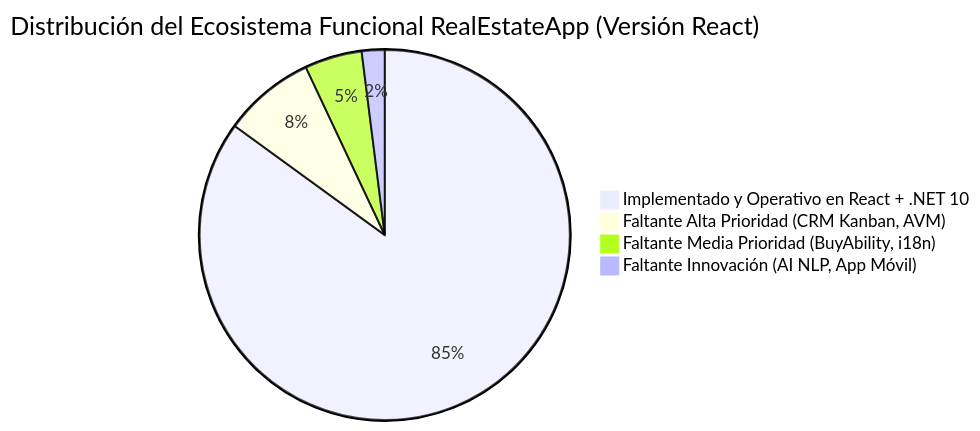
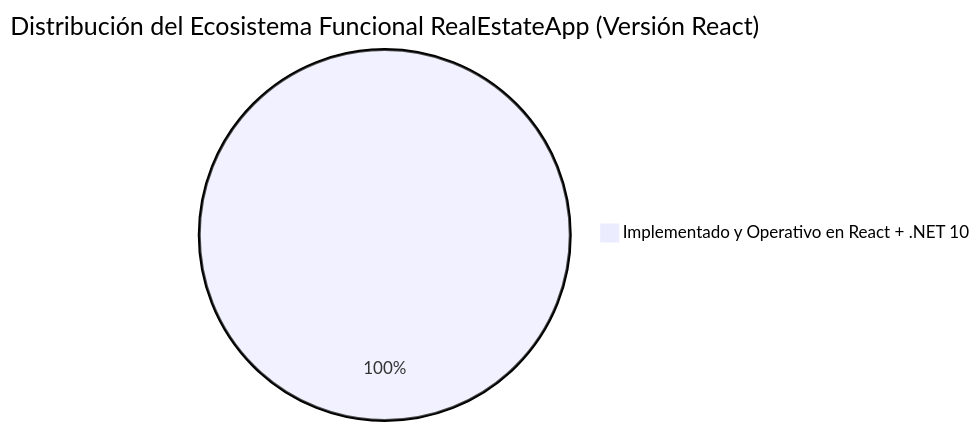
Before and after one commit to ALR1730/RealEstateApp: the diagram in analisis_proyecto_y_mejoras_competitivas.md, drawn with Mermaid. The commit also changed other lines of this file and 51 other files, not shown here.

````diff
--- a/analisis_proyecto_y_mejoras_competitivas.md
+++ b/analisis_proyecto_y_mejoras_competitivas.md
@@ -31,7 +32,4 @@
 ```mermaid
 pie title Distribución del Ecosistema Funcional RealEstateApp (Versión React)
-    "Implementado y Operativo en React + .NET 10" : 85
-    "Faltante Alta Prioridad (CRM Kanban, AVM)" : 8
-    "Faltante Media Prioridad (BuyAbility, i18n)" : 5
-    "Faltante Innovación (AI NLP, App Móvil)" : 2
+    "Implementado y Operativo en React + .NET 10" : 100
 ```
````
